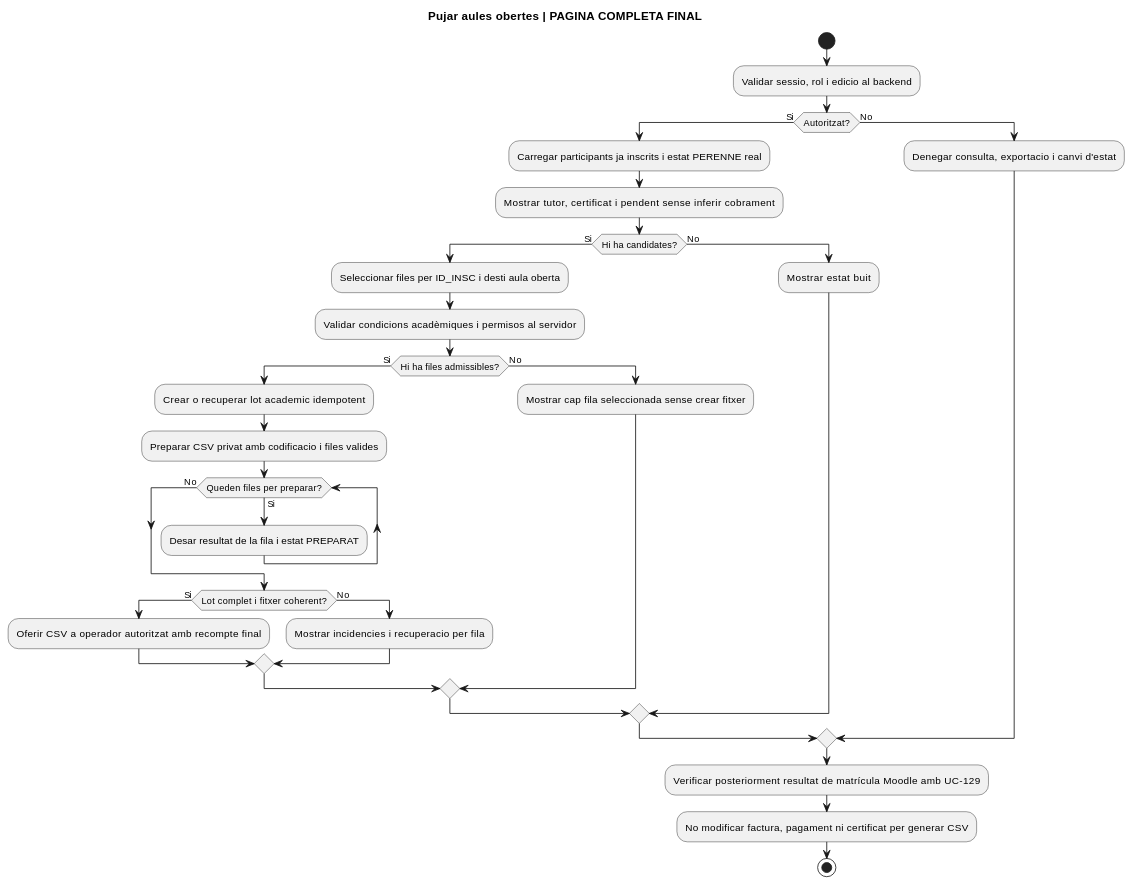
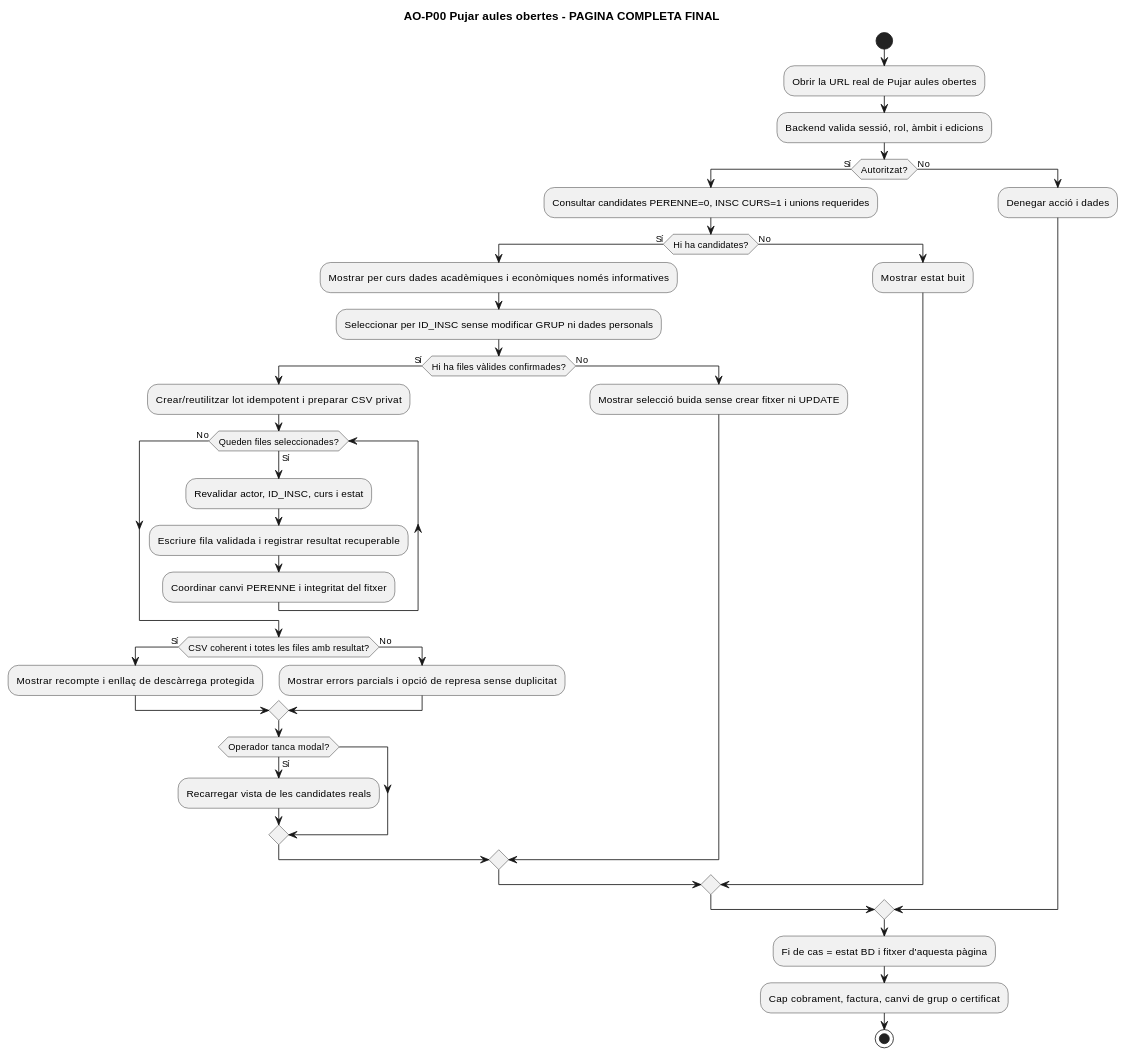
The second of 20 diagrams in documentacio/07-uml-integrat/uc-moodle-aules-obertes-fitxa-activitats.md (orgmeriemprismacat-del/verifactu), drawn with PlantUML before and after one commit. The commit also changed other lines of this file, not shown here.

Commit message:
docs: complete exact open-class URL with full functional UML, 16 actual/final page and section activity diagrams

````diff
--- a/documentacio/07-uml-integrat/uc-moodle-aules-obertes-fitxa-activitats.md
+++ b/documentacio/07-uml-integrat/uc-moodle-aules-obertes-fitxa-activitats.md
@@ -84,36 +78,40 @@
 ```plantuml
 @startuml
-title Pujar aules obertes | PAGINA COMPLETA FINAL
+title AO-P00 Pujar aules obertes - PAGINA COMPLETA FINAL
 start
-:Validar sessio, rol i edicio al backend;
-if (Autoritzat?) then (Si)
-  :Carregar participants ja inscrits i estat PERENNE real;
-  :Mostrar tutor, certificat i pendent sense inferir cobrament;
-  if (Hi ha candidates?) then (Si)
-    :Seleccionar files per ID_INSC i desti aula oberta;
-    :Validar condicions acadèmiques i permisos al servidor;
-    if (Hi ha files admissibles?) then (Si)
-      :Crear o recuperar lot academic idempotent;
-      :Preparar CSV privat amb codificacio i files valides;
-      while (Queden files per preparar?) is (Si)
-        :Desar resultat de la fila i estat PREPARAT;
-      endwhile (No)
-      if (Lot complet i fitxer coherent?) then (Si)
-        :Oferir CSV a operador autoritzat amb recompte final;
-      else (No)
-        :Mostrar incidencies i recuperacio per fila;
-      endif
-    else (No)
-      :Mostrar cap fila seleccionada sense crear fitxer;
-    endif
+:Obrir la URL real de Pujar aules obertes;
+:Backend valida sessió, rol, àmbit i edicions;
+if (Autoritzat?) then (Sí)
+ :Consultar candidates PERENNE=0, INSC CURS=1 i unions requerides;
+ if (Hi ha candidates?) then (Sí)
+  :Mostrar per curs dades acadèmiques i econòmiques només informatives;
+  :Seleccionar per ID_INSC sense modificar GRUP ni dades personals;
+  if (Hi ha files vàlides confirmades?) then (Sí)
+   :Crear/reutilitzar lot idempotent i preparar CSV privat;
+   while (Queden files seleccionades?) is (Sí)
+    :Revalidar actor, ID_INSC, curs i estat;
+    :Escriure fila validada i registrar resultat recuperable;
+    :Coordinar canvi PERENNE i integritat del fitxer;
+   endwhile (No)
+   if (CSV coherent i totes les files amb resultat?) then (Sí)
+    :Mostrar recompte i enllaç de descàrrega protegida;
+   else (No)
+    :Mostrar errors parcials i opció de represa sense duplicitat;
+   endif
+   if (Operador tanca modal?) then (Sí)
+    :Recarregar vista de les candidates reals;
+   endif
   else (No)
-    :Mostrar estat buit;
+   :Mostrar selecció buida sense crear fitxer ni UPDATE;
   endif
+ else (No)
+  :Mostrar estat buit;
+ endif
 else (No)
-  :Denegar consulta, exportacio i canvi d'estat;
+ :Denegar acció i dades;
 endif
-:Verificar posteriorment resultat de matrícula Moodle amb UC-129;
-:No modificar factura, pagament ni certificat per generar CSV;
+:Fi de cas = estat BD i fitxer d'aquesta pàgina;
+:Cap cobrament, factura, canvi de grup o certificat;
 stop
 @enduml
 ```
````
